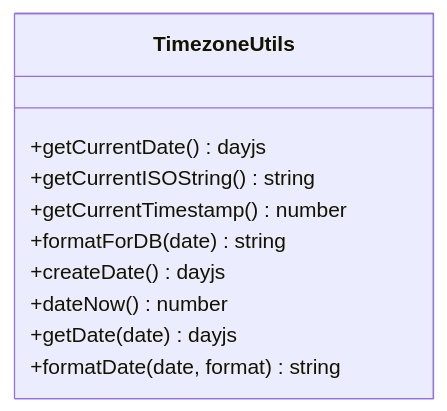
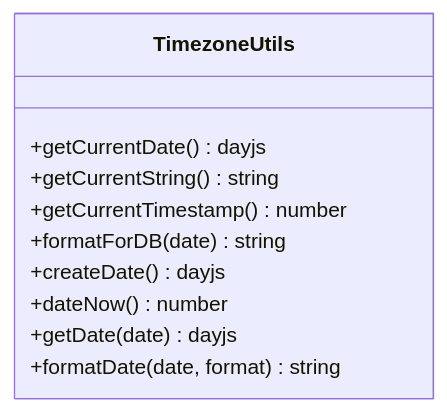
Before and after one commit to xiao-lin-unit/yuan: diagram 14 of 21 in .qoder/repowiki/zh/content/架构设计/数据层架构设计/数据层架构设计.md, drawn with Mermaid. The commit also changed other lines of this file and 11 other files, not shown here.

````diff
--- a/.qoder/repowiki/zh/content/架构设计/数据层架构设计/数据层架构设计.md
+++ b/.qoder/repowiki/zh/content/架构设计/数据层架构设计/数据层架构设计.md
@@ -685,13 +685,13 @@
 ```mermaid
 classDiagram
 class TimezoneUtils {
 +getCurrentDate() dayjs
-+getCurrentISOString() string
++getCurrentString() string
 +getCurrentTimestamp() number
 +formatForDB(date) string
 +createDate() dayjs
 +dateNow() number
 +getDate(date) dayjs
 +formatDate(date, format) string
 }
 ```
````
